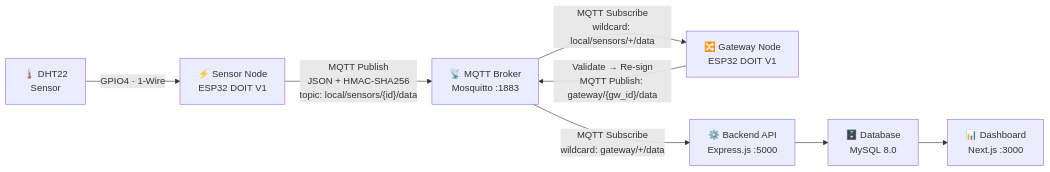
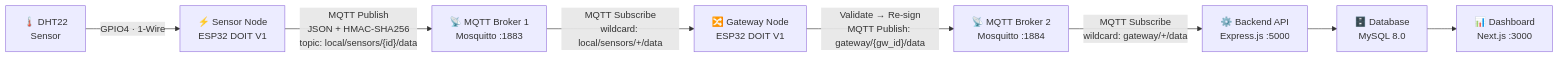
The first of 15 diagrams in FIRMWARE_FLOWCHART.md (Noxxsanl/manageDeviceIoT), drawn with Mermaid before and after one commit. The commit also changed other lines of this file and 15 other files, not shown here.

````diff
--- a/FIRMWARE_FLOWCHART.md
+++ b/FIRMWARE_FLOWCHART.md
@@ -11,17 +11,18 @@
 ```mermaid
 flowchart LR
     DHT22["🌡️ DHT22\nSensor"]
     SN["⚡ Sensor Node\nESP32 DOIT V1"]
-    BROKER["📡 MQTT Broker\nMosquitto :1883"]
+    BROKER1["📡 MQTT Broker 1\nMosquitto :1883"]
     GW["🔀 Gateway Node\nESP32 DOIT V1"]
+    BROKER2["📡 MQTT Broker 2\nMosquitto :1884"]
     BE["⚙️ Backend API\nExpress.js :5000"]
     DB["🗄️ Database\nMySQL 8.0"]
     FE["📊 Dashboard\nNext.js :3000"]
 
     DHT22 -->|"GPIO4 · 1-Wire"| SN
-    SN -->|"MQTT Publish\nJSON + HMAC-SHA256\ntopic: local/sensors/{id}/data"| BROKER
-    BROKER -->|"MQTT Subscribe\nwildcard: local/sensors/+/data"| GW
-    GW -->|"Validate → Re-sign\nMQTT Publish: gateway/{gw_id}/data"| BROKER
-    BROKER -->|"MQTT Subscribe\nwildcard: gateway/+/data"| BE
+    SN -->|"MQTT Publish\nJSON + HMAC-SHA256\ntopic: local/sensors/{id}/data"| BROKER1
+    BROKER1 -->|"MQTT Subscribe\nwildcard: local/sensors/+/data"| GW
+    GW -->|"Validate → Re-sign\nMQTT Publish: gateway/{gw_id}/data"| BROKER2
+    BROKER2 -->|"MQTT Subscribe\nwildcard: gateway/+/data"| BE
     BE --> DB --> FE
 ```
````
